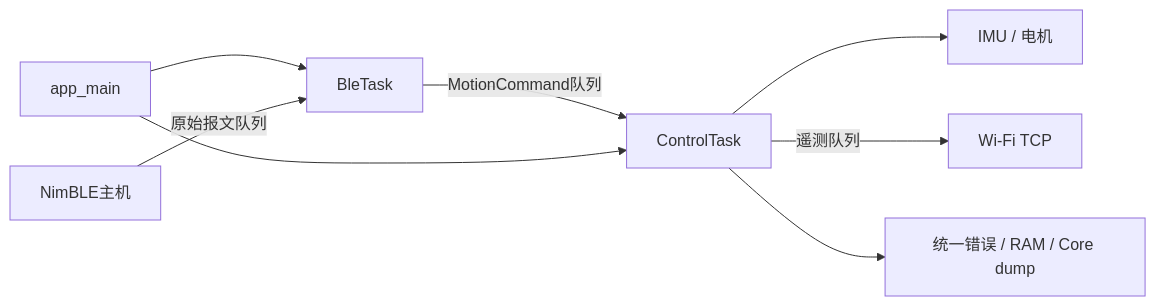
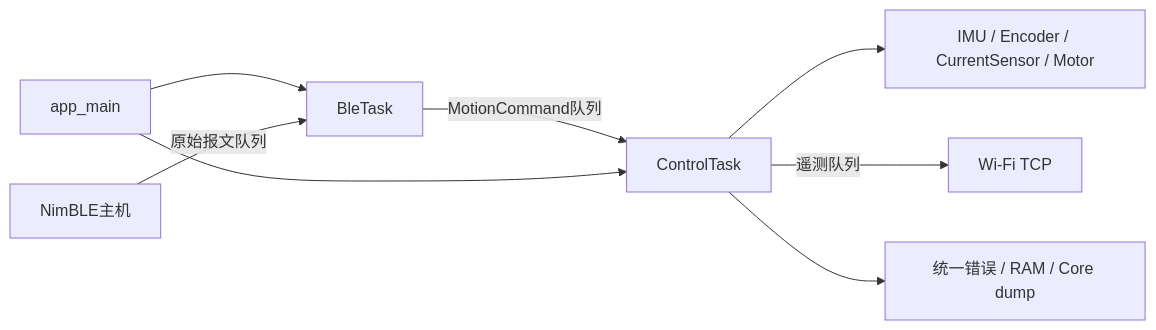
Before and after one commit to welldone987/FOC_ESPIDF_balance_vehicle: the third of 5 diagrams in docs/ADR-docs/architecture.md, drawn with Mermaid. The commit also changed other lines of this file and 50 other files, not shown here.

````diff
--- a/docs/ADR-docs/architecture.md
+++ b/docs/ADR-docs/architecture.md
@@ -229,10 +229,10 @@
 ```mermaid
 flowchart LR
     Main[app_main] --> BLE[BleTask]
     Host[NimBLE主机] -->|原始报文队列| BLE
     BLE -->|MotionCommand队列| Control[ControlTask]
     Main --> Control
-    Control --> BSP[IMU / 电机]
+    Control --> BSP[IMU / Encoder / CurrentSensor / Motor]
     Control -->|遥测队列| Wifi[Wi-Fi TCP]
     Control --> Diag[统一错误 / RAM / Core dump]
 ```
````
